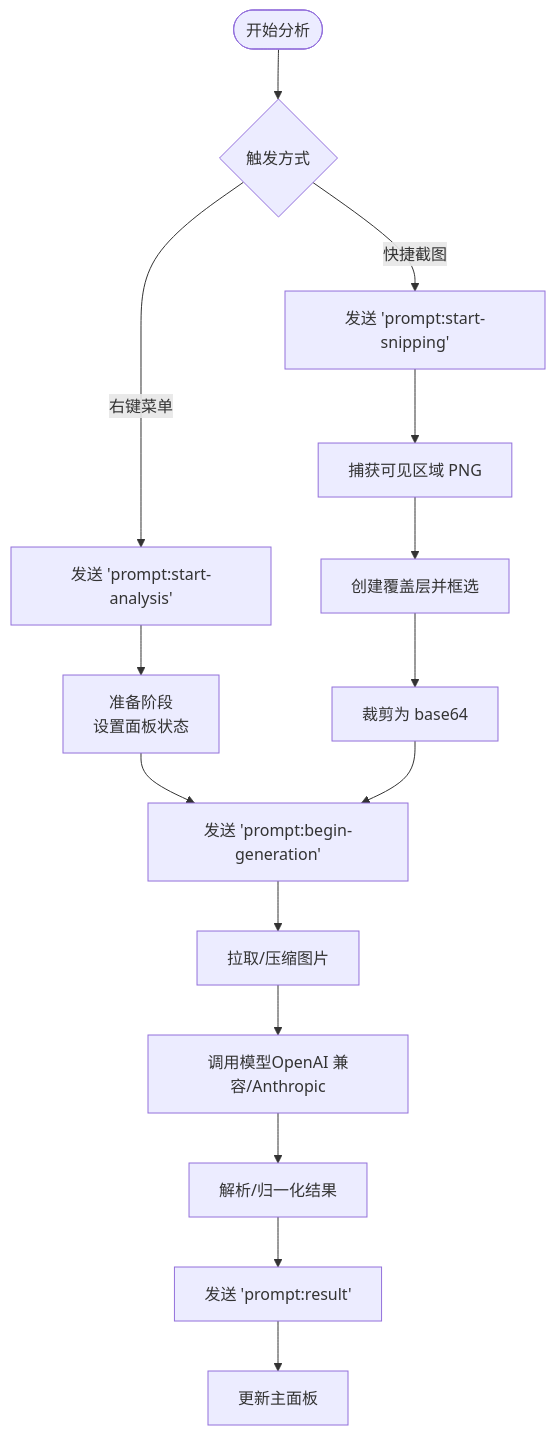
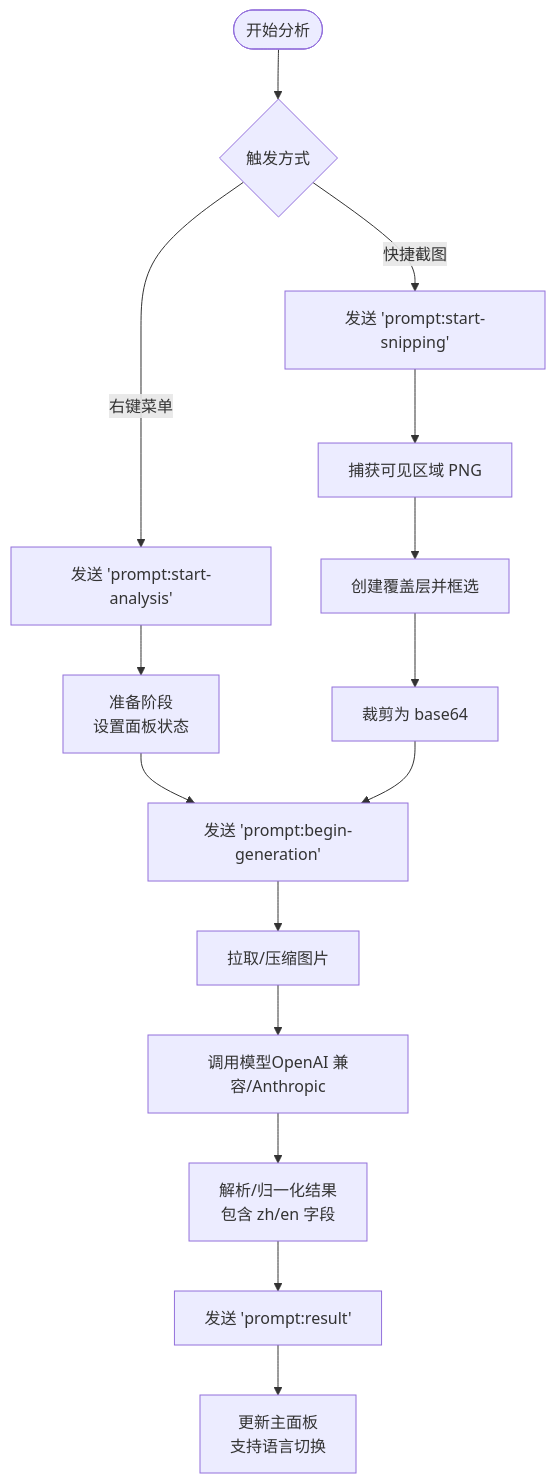
Before and after one commit to binasi/Img2Prompt: the third of 8 diagrams in .qoder/repowiki/zh/content/核心功能/核心功能.md, drawn with Mermaid. The commit also changed other lines of this file and 11 other files, not shown here.

````diff
--- a/.qoder/repowiki/zh/content/核心功能/核心功能.md
+++ b/.qoder/repowiki/zh/content/核心功能/核心功能.md
@@ -162,17 +178,17 @@
 ```mermaid
 flowchart TD
 Start(["开始分析"]) --> Trigger{"触发方式"}
 Trigger --> |右键菜单| FromMenu["发送 'prompt:start-analysis'"]
 Trigger --> |快捷截图| FromCmd["发送 'prompt:start-snipping'"]
 FromMenu --> Prepare["准备阶段<br/>设置面板状态"]
 FromCmd --> Capture["捕获可见区域 PNG"]
 Capture --> Overlay["创建覆盖层并框选"]
 Overlay --> Crop["裁剪为 base64"]
 Prepare --> BeginGen["发送 'prompt:begin-generation'"]
 Crop --> BeginGen
 BeginGen --> Fetch["拉取/压缩图片"]
 Fetch --> CallModel["调用模型OpenAI 兼容/Anthropic"]
-CallModel --> Parse["解析/归一化结果"]
+CallModel --> Parse["解析/归一化结果<br/>包含 zh/en 字段"]
 Parse --> Result["发送 'prompt:result'"]
-Result --> Panel["更新主面板"]
+Result --> Panel["更新主面板<br/>支持语言切换"]
 ```
````
